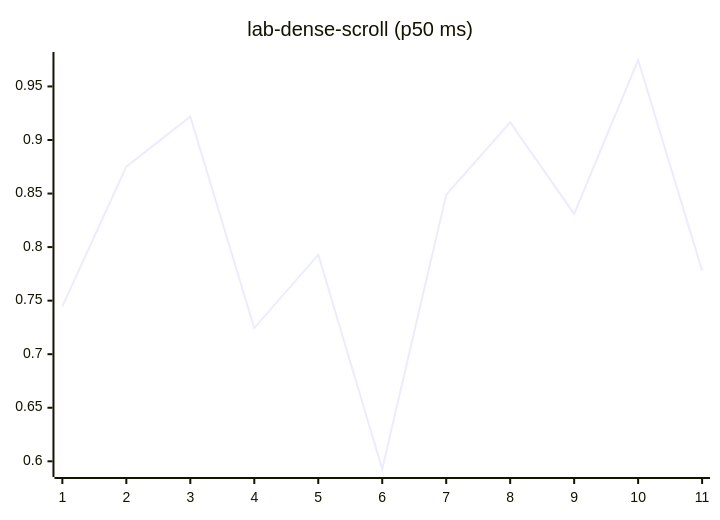
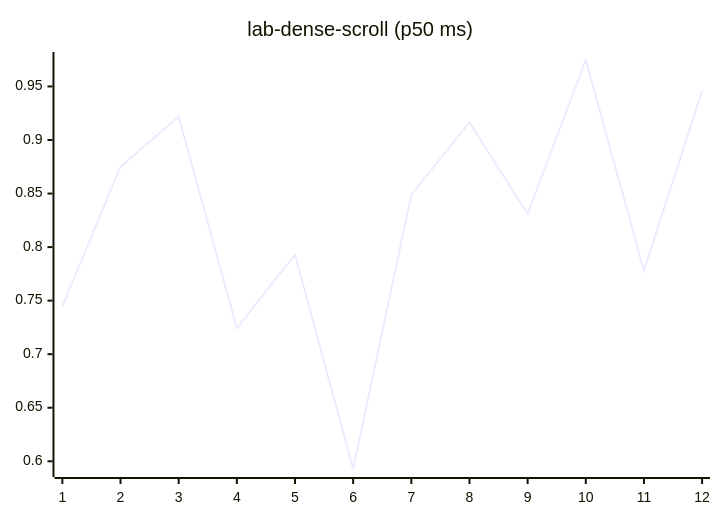
Diagram 12 of 27 in README.md (josha/Facet), drawn with Mermaid before and after one commit. The commit also changed other lines of this file and 2 other files, not shown here.

````diff
--- a/README.md
+++ b/README.md
@@ -140,6 +140,6 @@
 ```mermaid
 xychart-beta
     title "lab-dense-scroll (p50 ms)"
-    x-axis 1 --> 11
-    line [0.7446, 0.8751, 0.9218, 0.7244, 0.7929, 0.5928, 0.8489, 0.9164, 0.8310, 0.9747, 0.7780]
+    x-axis 1 --> 12
+    line [0.7446, 0.8751, 0.9218, 0.7244, 0.7929, 0.5928, 0.8489, 0.9164, 0.8310, 0.9747, 0.7780, 0.9459]
 ```
````
